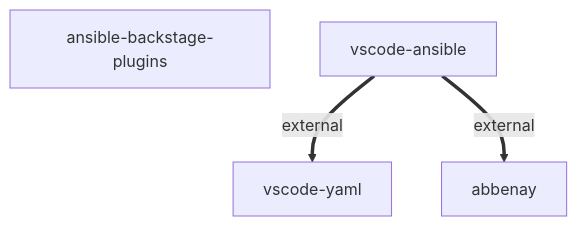
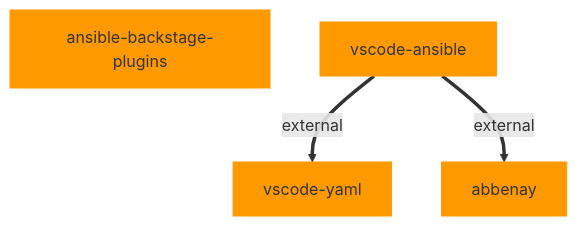
One commit to ansible/team-devtools changed the second of 3 diagrams in README.md. Above: the diagram before and after it, drawn with Mermaid. The commit also changed other lines of this file, not shown here.

Commit message:
fix(docs): move classDef lines inside mermaid code fence
The classDef lines were outside the mermaid code fence, causing them
to render as raw text on GitHub instead of styling the diagram nodes.

````diff
--- a/README.md
+++ b/README.md
@@ -95,17 +91,21 @@
 ```mermaid
 
 graph TB;
+
+  classDef tsclass fill:#f90,stroke:#f90,color:#333;
+  classDef containerclass fill:#060,stroke:#060,color:#fff;
+  classDef thirdpartyclass fill:#9f6,stroke:#9f6,color:#333;
 
   ansible-backstage-plugins:::tsclass;
   vscode-ansible:::tsclass == external ==> vscode-yaml;
   vscode-ansible:::tsclass == external ==> abbenay;
   vscode-yaml:::tsclass;
   abbenay:::tsclass;
 
  click abbenay href "https://github.com/redhat-developer/abbenay"
  click ansible-backstage-plugins "https://github.com/ansible/ansible-backstage-plugins"
  click ansible-dev-environment "https://github.com/ansible/ansible-dev-environment"
  click community.molecule "https://github.com/ansible-collections/community.molecule"
  click vscode-ansible href "https://github.com/ansible/vscode-ansible"
  click vscode-yaml href "https://github.com/redhat-developer/vscode-yaml"
 ```
````
